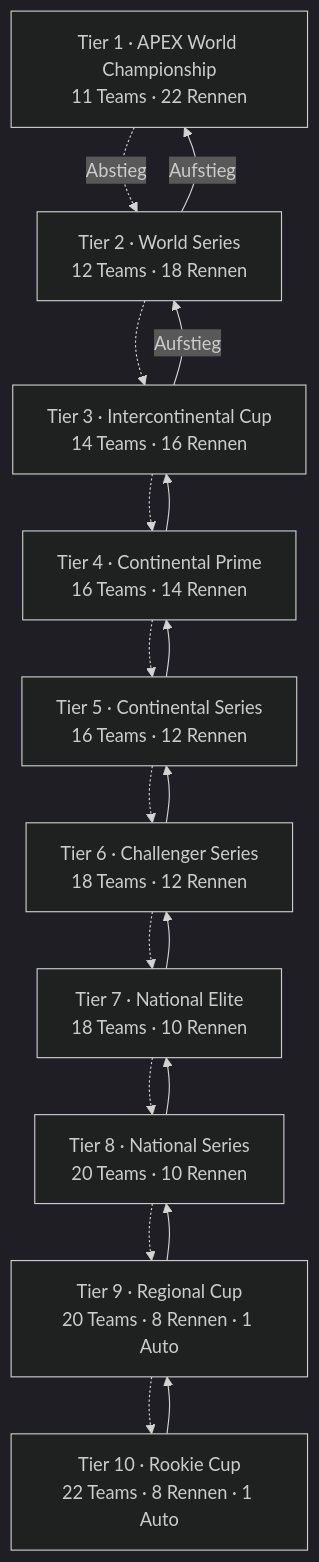
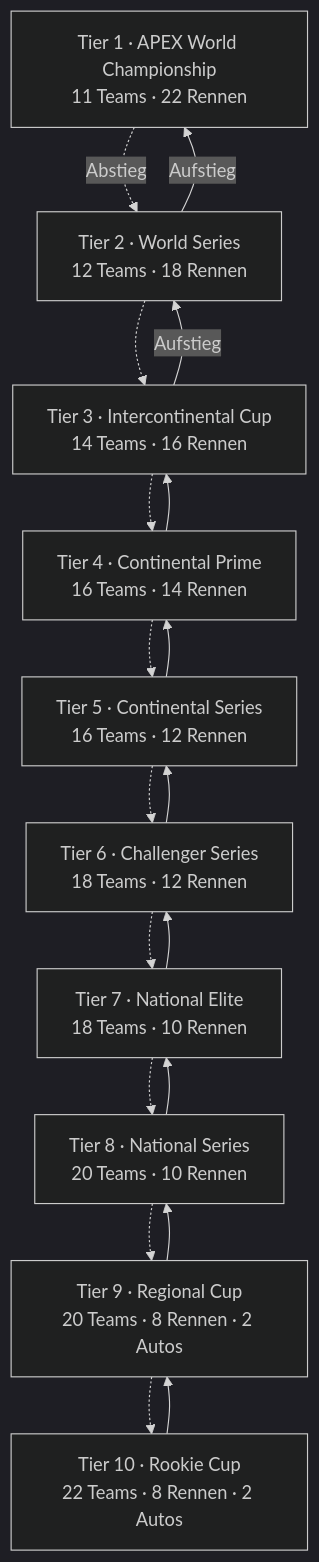
Before and after one commit to michaelkrinningersg-coder/Race-Manager: the first of 2 diagrams in docs/KONZEPT_MEHRLIGA_RENNMANAGER.md, drawn with Mermaid (dark theme). The commit also changed other lines of this file and 6 other files, not shown here.

First line of the commit message:
Zwei Autos in Tier 9/10, Datenmodell-Spezifikation, v0.2.0

````diff
--- a/docs/KONZEPT_MEHRLIGA_RENNMANAGER.md
+++ b/docs/KONZEPT_MEHRLIGA_RENNMANAGER.md
@@ -71,31 +71,31 @@
 ```mermaid
 graph TD
     L1["Tier 1 · APEX World Championship<br/>11 Teams · 22 Rennen"]
     L2["Tier 2 · World Series<br/>12 Teams · 18 Rennen"]
     L3["Tier 3 · Intercontinental Cup<br/>14 Teams · 16 Rennen"]
     L4["Tier 4 · Continental Prime<br/>16 Teams · 14 Rennen"]
     L5["Tier 5 · Continental Series<br/>16 Teams · 12 Rennen"]
     L6["Tier 6 · Challenger Series<br/>18 Teams · 12 Rennen"]
     L7["Tier 7 · National Elite<br/>18 Teams · 10 Rennen"]
     L8["Tier 8 · National Series<br/>20 Teams · 10 Rennen"]
-    L9["Tier 9 · Regional Cup<br/>20 Teams · 8 Rennen · 1 Auto"]
-    L10["Tier 10 · Rookie Cup<br/>22 Teams · 8 Rennen · 1 Auto"]
+    L9["Tier 9 · Regional Cup<br/>20 Teams · 8 Rennen · 2 Autos"]
+    L10["Tier 10 · Rookie Cup<br/>22 Teams · 8 Rennen · 2 Autos"]
     L2 -->|Aufstieg| L1
     L3 -->|Aufstieg| L2
     L4 --> L3
     L5 --> L4
     L6 --> L5
     L7 --> L6
     L8 --> L7
     L9 --> L8
     L10 --> L9
     L1 -.->|Abstieg| L2
     L2 -.-> L3
     L3 -.-> L4
     L4 -.-> L5
     L5 -.-> L6
     L6 -.-> L7
     L7 -.-> L8
     L8 -.-> L9
     L9 -.-> L10
 ```
````
